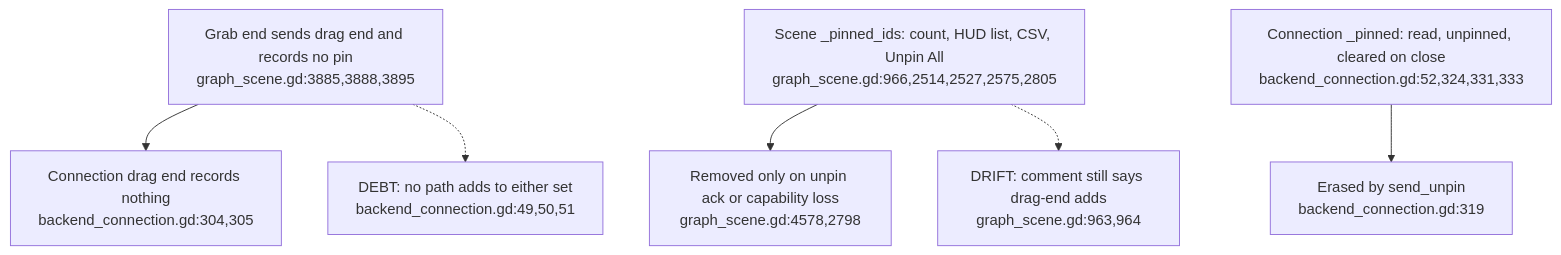
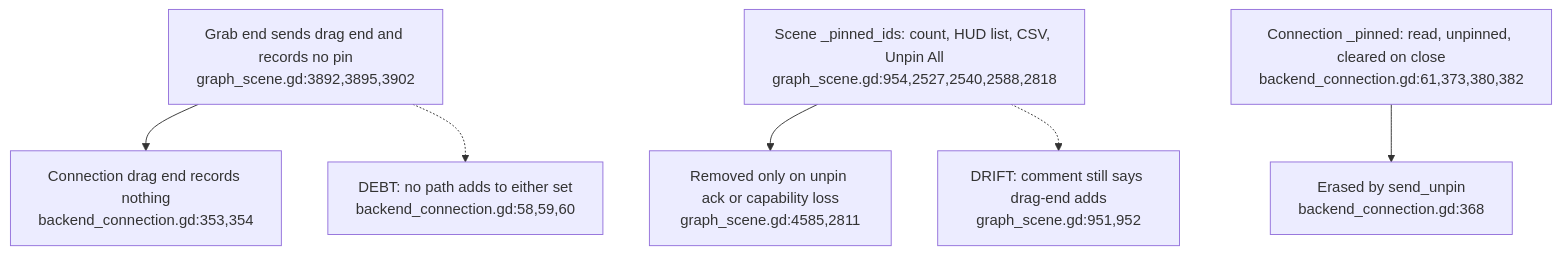
One commit to DreamLab-AI/VisionFlow changed the sixth of 6 diagrams in docs/diagrams/visionclaw/53-xr-grab-lifetimes-and-input.md. Above: the diagram before and after it, drawn with Mermaid. The commit also changed other lines of this file and 24 other files, not shown here.

Commit message:
docs: align XR liveness, filtering and rendering diagrams (#33)

````diff
--- a/docs/diagrams/visionclaw/53-xr-grab-lifetimes-and-input.md
+++ b/docs/diagrams/visionclaw/53-xr-grab-lifetimes-and-input.md
@@ -93,8 +94,8 @@
 ```mermaid
 flowchart TD
-    END["Grab end sends drag end and records no pin<br/>graph_scene.gd:3885,3888,3895"] --> CONN["Connection drag end records nothing<br/>backend_connection.gd:304,305"]
-    SCENE["Scene _pinned_ids: count, HUD list, CSV, Unpin All<br/>graph_scene.gd:966,2514,2527,2575,2805"] --> ACK["Removed only on unpin ack or capability loss<br/>graph_scene.gd:4578,2798"]
-    CONNSET["Connection _pinned: read, unpinned, cleared on close<br/>backend_connection.gd:52,324,331,333"] --> ACK2["Erased by send_unpin<br/>backend_connection.gd:319"]
-    END -.-> D1["DEBT: no path adds to either set<br/>backend_connection.gd:49,50,51"]
-    SCENE -.-> D2["DRIFT: comment still says drag-end adds<br/>graph_scene.gd:963,964"]
+    END["Grab end sends drag end and records no pin<br/>graph_scene.gd:3892,3895,3902"] --> CONN["Connection drag end records nothing<br/>backend_connection.gd:353,354"]
+    SCENE["Scene _pinned_ids: count, HUD list, CSV, Unpin All<br/>graph_scene.gd:954,2527,2540,2588,2818"] --> ACK["Removed only on unpin ack or capability loss<br/>graph_scene.gd:4585,2811"]
+    CONNSET["Connection _pinned: read, unpinned, cleared on close<br/>backend_connection.gd:61,373,380,382"] --> ACK2["Erased by send_unpin<br/>backend_connection.gd:368"]
+    END -.-> D1["DEBT: no path adds to either set<br/>backend_connection.gd:58,59,60"]
+    SCENE -.-> D2["DRIFT: comment still says drag-end adds<br/>graph_scene.gd:951,952"]
 ```
````
